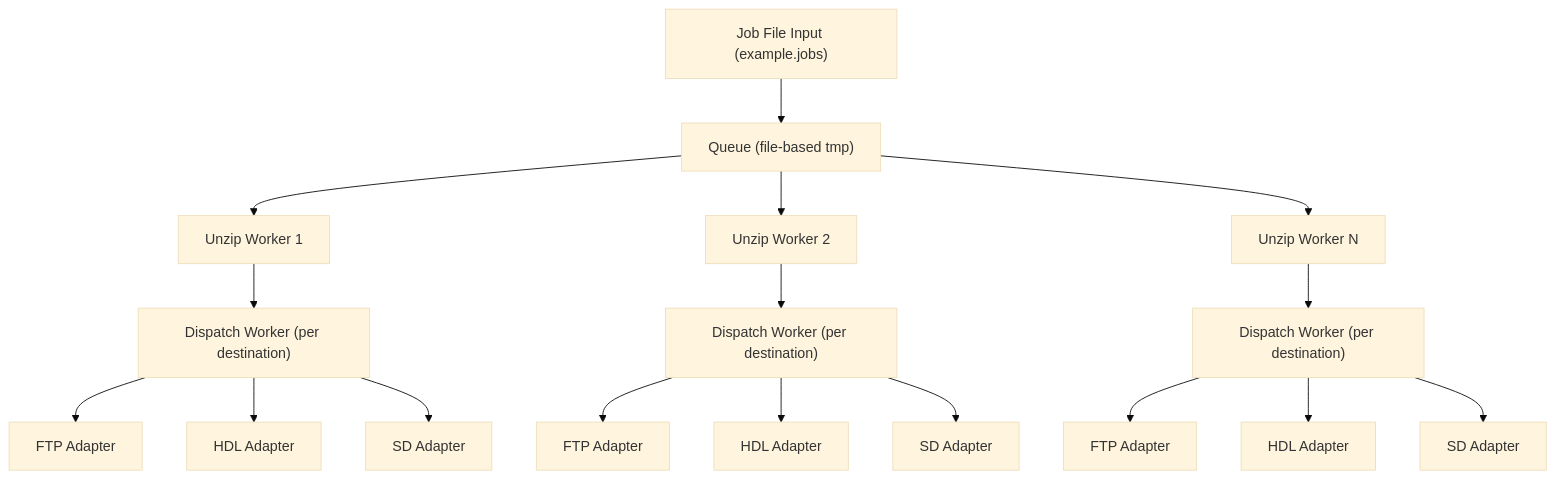
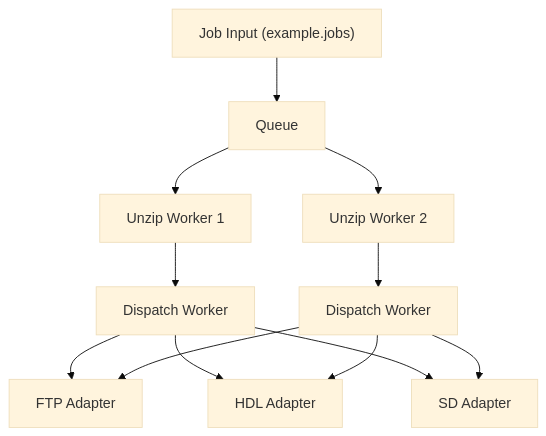
The second of 4 diagrams in architecture.md (patrickfcarey/loadout-pipeline), drawn with Mermaid (base theme) before and after one commit. The commit also changed other lines of this file, not shown here.

````diff
--- a/architecture.md
+++ b/architecture.md
@@ -35,36 +43,23 @@
 ```mermaid
 flowchart TD
-    A["Job File Input (example.jobs)"]
-    B["Queue (file-based tmp)"]
+    A["Job Input (example.jobs)"]
+    B["Queue"]
     C1["Unzip Worker 1"]
     C2["Unzip Worker 2"]
-    C3["Unzip Worker N"]
-    D1["Dispatch Worker (per destination)"]
-    D2["Dispatch Worker (per destination)"]
-    D3["Dispatch Worker (per destination)"]
+    D1["Dispatch Worker"]
+    D2["Dispatch Worker"]
     E1["FTP Adapter"]
     E2["HDL Adapter"]
     E3["SD Adapter"]
-    F1["FTP Adapter"]
-    F2["HDL Adapter"]
-    F3["SD Adapter"]
-    G1["FTP Adapter"]
-    G2["HDL Adapter"]
-    G3["SD Adapter"]
     A --> B
     B --> C1
     B --> C2
-    B --> C3
     C1 --> D1
     C2 --> D2
-    C3 --> D3
     D1 --> E1
     D1 --> E2
     D1 --> E3
-    D2 --> F1
-    D2 --> F2
-    D2 --> F3
-    D3 --> G1
-    D3 --> G2
-    D3 --> G3
+    D2 --> E1
+    D2 --> E2
+    D2 --> E3
 ```
````
